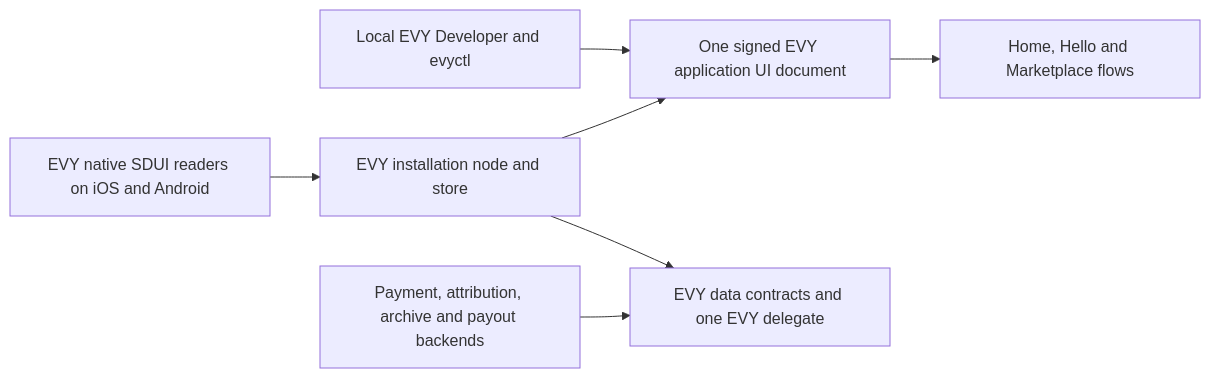
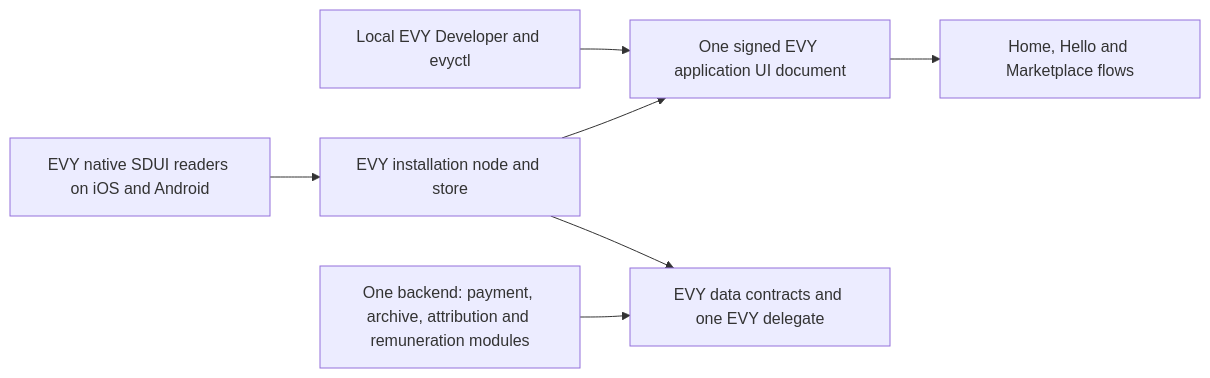
Before and after one commit to EVY-Platform/evy-freenet-plans: the second of 2 diagrams in README.md, drawn with Mermaid. The commit also changed other lines of this file and 29 other files, not shown here.

````diff
--- a/README.md
+++ b/README.md
@@ -51,9 +51,9 @@
 ```mermaid
 flowchart LR
     Author[Local EVY Developer and evyctl] --> Publication[One signed EVY application UI document]
     Apps[EVY native SDUI readers on iOS and Android] --> Node[EVY installation node and store]
     Node --> Publication
     Node --> Data[EVY data contracts and one EVY delegate]
     Publication --> Flows[Home, Hello and Marketplace flows]
-    Backend[Payment, attribution, archive and payout backends] --> Data
+    Backend[One backend: payment, archive, attribution and remuneration modules] --> Data
 ```
````
